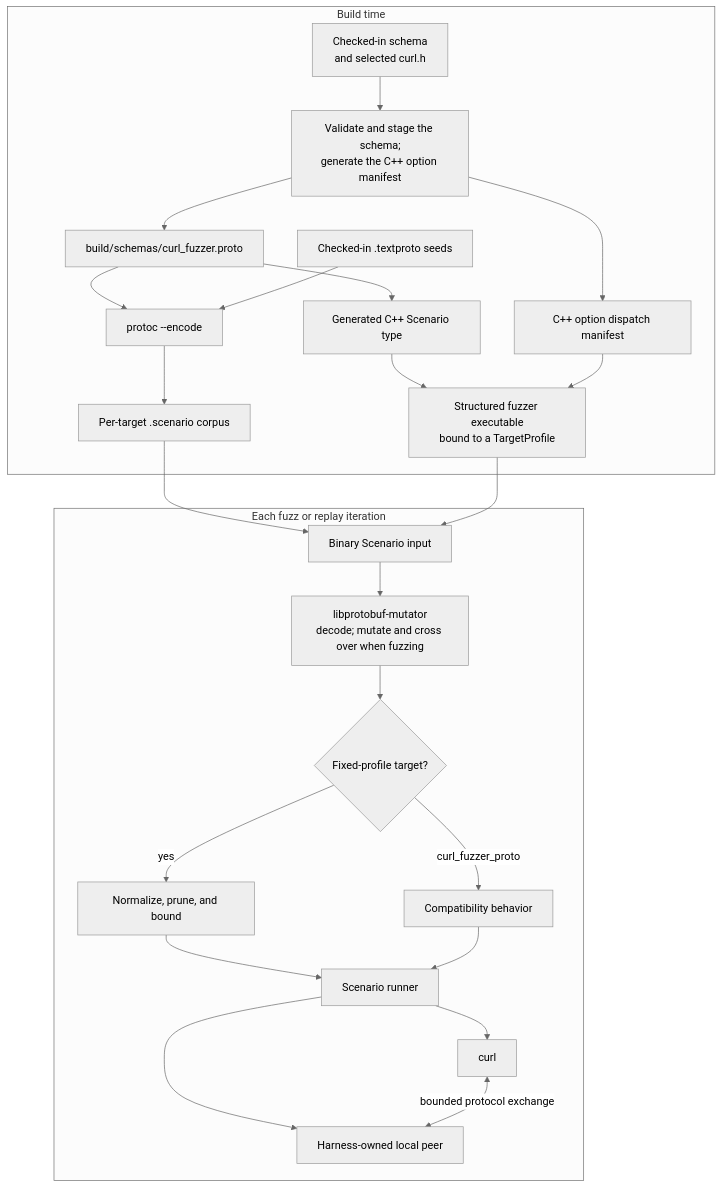
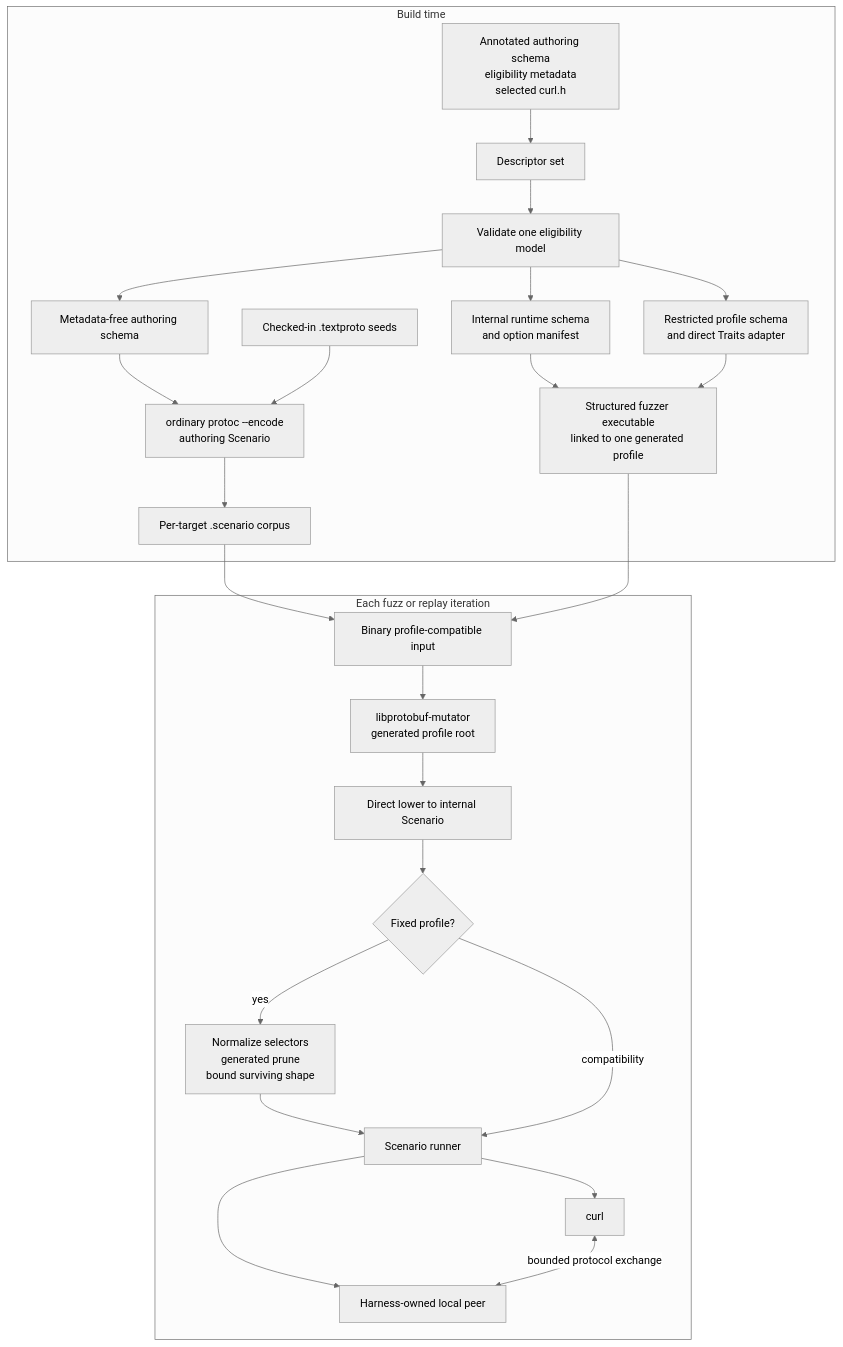
Before and after one commit to curl/curl-fuzzer: the diagram in docs/proto/overview.md, drawn with Mermaid (neutral theme). The commit also changed other lines of this file and 297 other files, not shown here.

First line of the commit message:
fuzz: make proto eligibility schema-owned (#523)

````diff
--- a/docs/proto/overview.md
+++ b/docs/proto/overview.md
@@ -14,44 +16,45 @@
 ```mermaid
 flowchart TD
     subgraph build["Build time"]
-        sources["Checked-in schema<br/>and selected curl.h"]
-        generator["Validate and stage the schema;<br/>generate the C++ option manifest"]
-        schema["build/schemas/curl_fuzzer.proto"]
-        messages["Generated C++ Scenario type"]
-        manifest["C++ option dispatch manifest"]
+        sources["Annotated authoring schema<br/>eligibility metadata<br/>selected curl.h"]
+        descriptor["Descriptor set"]
+        generator["Validate one eligibility model"]
+        authoring["Metadata-free authoring schema"]
+        runtimeSchema["Internal runtime schema<br/>and option manifest"]
+        profileSchema["Restricted profile schema<br/>and direct Traits adapter"]
         seeds["Checked-in .textproto seeds"]
-        encoder["protoc --encode"]
+        encoder["ordinary protoc --encode<br/>authoring Scenario"]
         corpus["Per-target .scenario corpus"]
-        target["Structured fuzzer executable<br/>bound to a TargetProfile"]
+        target["Structured fuzzer executable<br/>linked to one generated profile"]
 
-        sources --> generator
-        generator --> schema
-        generator --> manifest
-        schema --> messages
-        schema --> encoder
+        sources --> descriptor --> generator
+        generator --> authoring
+        generator --> runtimeSchema
+        generator --> profileSchema
+        authoring --> encoder
         seeds --> encoder --> corpus
-        messages --> target
-        manifest --> target
+        runtimeSchema --> target
+        profileSchema --> target
     end
 
     subgraph runtime["Each fuzz or replay iteration"]
-        input["Binary Scenario input"]
-        lpm["libprotobuf-mutator<br/>decode; mutate and cross over when fuzzing"]
-        profile{"Fixed-profile target?"}
-        normalize["Normalize, prune, and bound"]
-        compatibility["Compatibility behavior"]
+        input["Binary profile-compatible input"]
+        lpm["libprotobuf-mutator<br/>generated profile root"]
+        lower["Direct lower to internal Scenario"]
+        fixed{"Fixed profile?"}
+        normalize["Normalize selectors<br/>generated prune<br/>bound surviving shape"]
         runner["Scenario runner"]
         curl["curl"]
         peer["Harness-owned local peer"]
 
-        input --> lpm --> profile
-        profile -->|yes| normalize --> runner
-        profile -->|curl_fuzzer_proto| compatibility --> runner
+        input --> lpm --> lower --> fixed
+        fixed -->|yes| normalize --> runner
+        fixed -->|compatibility| runner
         runner --> curl
         runner --> peer
         curl <-->|bounded protocol exchange| peer
     end
 
     corpus --> input
     target --> input
 ```
````
